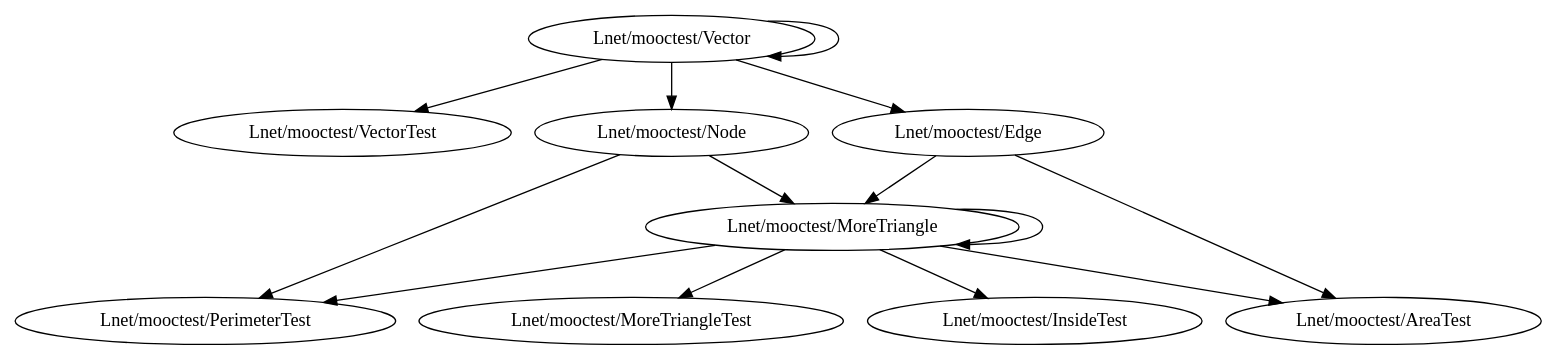
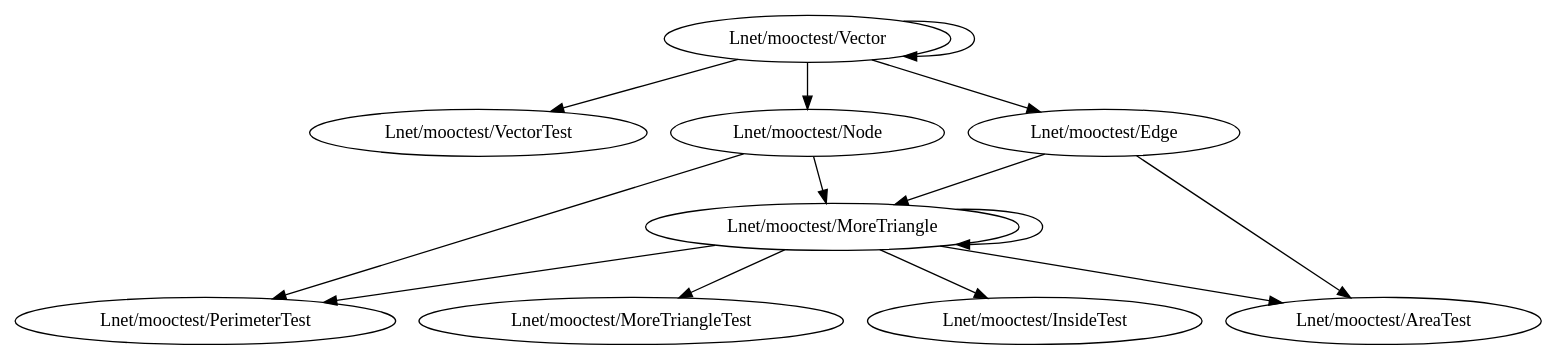
The diagram in Report/5-MoreTriangle-class.dot (sunflower-zzn/AutomatedTesting2020), drawn with Graphviz before and after one commit. The commit also changed 43 other files, not shown here.

```diff
--- a/Report/5-MoreTriangle-class.dot
+++ b/Report/5-MoreTriangle-class.dot
@@ -1,15 +1,15 @@
-digraph cmd_method {
-	"Lnet/mooctest/Vector" -> "Lnet/mooctest/Vector"
-	"Lnet/mooctest/Vector" -> "Lnet/mooctest/VectorTest"
-	"Lnet/mooctest/Vector" -> "Lnet/mooctest/Node"
-	"Lnet/mooctest/Vector" -> "Lnet/mooctest/Edge"
-	"Lnet/mooctest/MoreTriangle" -> "Lnet/mooctest/PerimeterTest"
-	"Lnet/mooctest/MoreTriangle" -> "Lnet/mooctest/MoreTriangle"
-	"Lnet/mooctest/MoreTriangle" -> "Lnet/mooctest/MoreTriangleTest"
-	"Lnet/mooctest/MoreTriangle" -> "Lnet/mooctest/AreaTest"
-	"Lnet/mooctest/MoreTriangle" -> "Lnet/mooctest/InsideTest"
-	"Lnet/mooctest/Node" -> "Lnet/mooctest/MoreTriangle"
-	"Lnet/mooctest/Node" -> "Lnet/mooctest/PerimeterTest"
-	"Lnet/mooctest/Edge" -> "Lnet/mooctest/MoreTriangle"
-	"Lnet/mooctest/Edge" -> "Lnet/mooctest/AreaTest"
+digraph cmd_class {
+	"Lnet/mooctest/MoreTriangle" -> "Lnet/mooctest/PerimeterTest";
+	"Lnet/mooctest/MoreTriangle" -> "Lnet/mooctest/MoreTriangleTest";
+	"Lnet/mooctest/MoreTriangle" -> "Lnet/mooctest/InsideTest";
+	"Lnet/mooctest/MoreTriangle" -> "Lnet/mooctest/MoreTriangle";
+	"Lnet/mooctest/Vector" -> "Lnet/mooctest/VectorTest";
+	"Lnet/mooctest/MoreTriangle" -> "Lnet/mooctest/AreaTest";
+	"Lnet/mooctest/Node" -> "Lnet/mooctest/MoreTriangle";
+	"Lnet/mooctest/Vector" -> "Lnet/mooctest/Vector";
+	"Lnet/mooctest/Vector" -> "Lnet/mooctest/Node";
+	"Lnet/mooctest/Edge" -> "Lnet/mooctest/AreaTest";
+	"Lnet/mooctest/Edge" -> "Lnet/mooctest/MoreTriangle";
+	"Lnet/mooctest/Vector" -> "Lnet/mooctest/Edge";
+	"Lnet/mooctest/Node" -> "Lnet/mooctest/PerimeterTest";
 }
```
